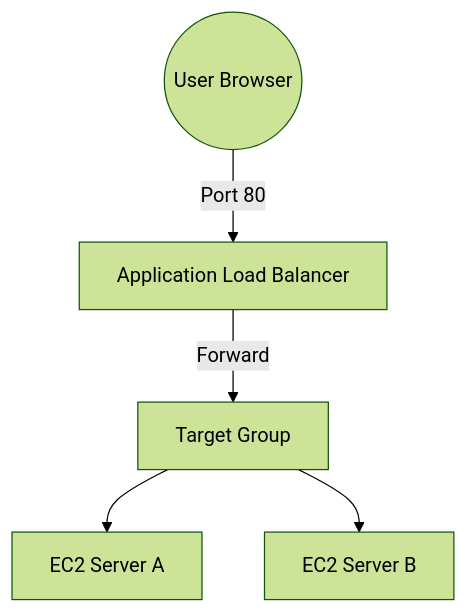
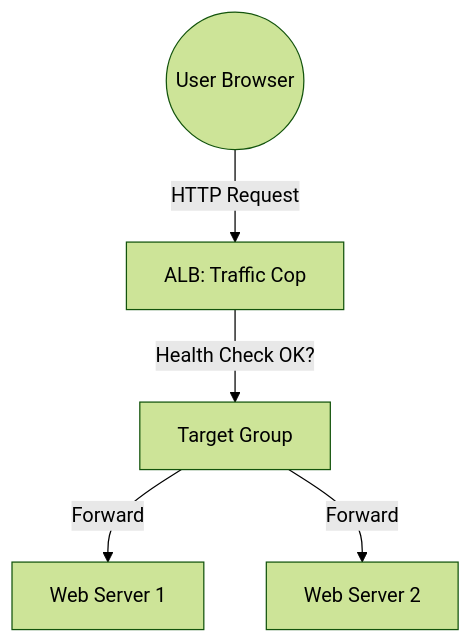
The diagram in terraform_roadmap/labs/day07-alb/README.md (Ritik12062002/Terraform_RoadMap), drawn with Mermaid (forest theme) before and after one commit. The commit also changed other lines of this file and 17 other files, not shown here.

Commit message:
Terraform Roadmap

````diff
--- a/terraform_roadmap/labs/day07-alb/README.md
+++ b/terraform_roadmap/labs/day07-alb/README.md
@@ -36,7 +53,7 @@
 ```mermaid
 graph TD
-    Client((User Browser)) -- Port 80 --> ALB[Application Load Balancer]
-    ALB -- Forward --> TG[Target Group]
-    TG --> EC1[EC2 Server A]
-    TG --> EC2[EC2 Server B]
+    User((User Browser)) -- HTTP Request --> ALB[ALB: Traffic Cop]
+    ALB -- Health Check OK? --> TG[Target Group]
+    TG -- Forward --> S1[Web Server 1]
+    TG -- Forward --> S2[Web Server 2]
 ```
````
